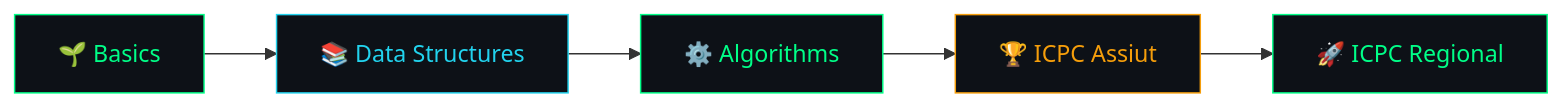
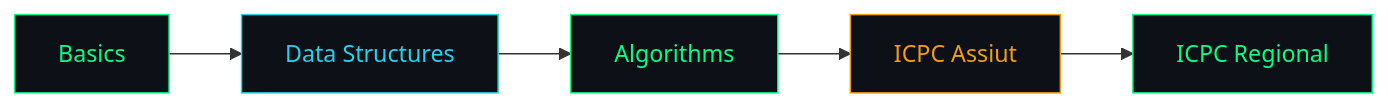
One commit to hamza-ahmed26/hamza-ahmed26 changed the diagram in README.md. Above: the diagram before and after it, drawn with Mermaid.

Commit message:
Remove emojis from flowchart in README.md

````diff
--- a/README.md
+++ b/README.md
@@ -313,12 +313,12 @@
 ```mermaid
 graph LR
-    A[🌱 Basics] --> B[📚 Data Structures]
-    B --> C[⚙️ Algorithms]
-    C --> D[🏆 ICPC Assiut]
-    D --> E[🚀 ICPC Regional]
+    A[Basics] --> B[Data Structures]
+    B --> C[Algorithms]
+    C --> D[ICPC Assiut]
+    D --> E[ICPC Regional]
     style A fill:#0d1117,stroke:#00ff88,color:#00ff88
     style B fill:#0d1117,stroke:#22d3ee,color:#22d3ee
     style C fill:#0d1117,stroke:#00ff88,color:#00ff88
     style D fill:#0d1117,stroke:#f59e0b,color:#f59e0b
     style E fill:#0d1117,stroke:#00ff88,color:#00ff88
 ```
````
